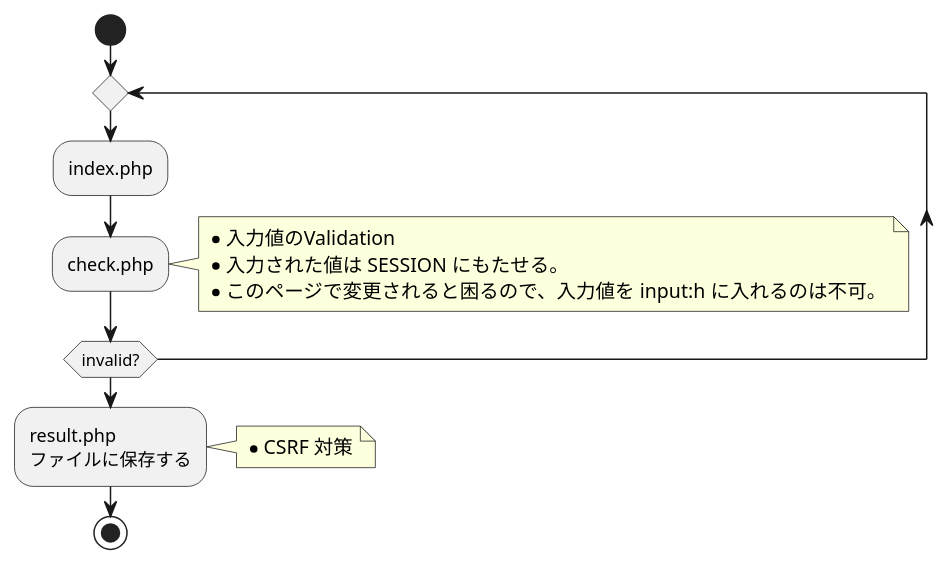
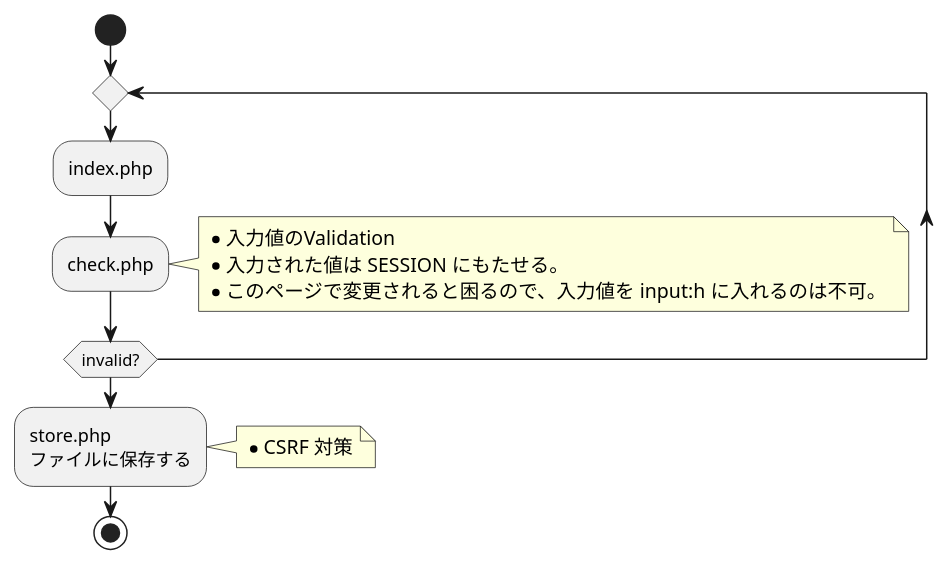
The diagram in README.md (ndxbn/dc11f75bafcb817f1fd3), drawn with PlantUML before and after one commit.

Commit message:
result.php -> store.php

````diff
--- a/README.md
+++ b/README.md
@@ -29,23 +29,23 @@
 ```plantuml
 @startuml
 start
 
 repeat
   :index.php;
   :check.php;
   note right
     * 入力値のValidation
     * 入力された値は SESSION にもたせる。
     * このページで変更されると困るので、入力値を input:h に入れるのは不可。
   end note
 repeat while (invalid?)
 
-:result.php
+:store.php
 ファイルに保存する;
 note right
   * CSRF 対策
 end note
 
 stop
 @enduml
 ```
````
